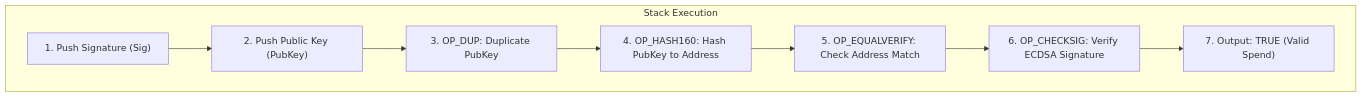
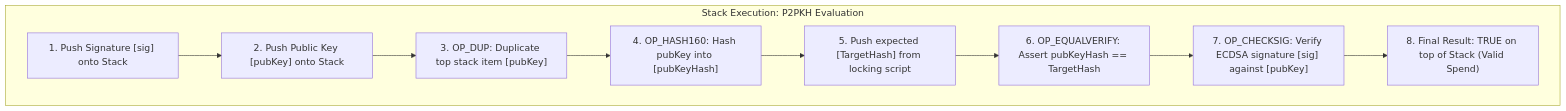
One commit to ub-society/modules changed the third of 5 diagrams in docs/learn/fundamentals/02-architecture-and-state/03-ledger-state-models-utxo-vs-account.md. Above: the diagram before and after it, drawn with Mermaid. The commit also changed other lines of this file and 3 other files, not shown here.

````diff
--- a/docs/learn/fundamentals/02-architecture-and-state/03-ledger-state-models-utxo-vs-account.md
+++ b/docs/learn/fundamentals/02-architecture-and-state/03-ledger-state-models-utxo-vs-account.md
@@ -42,11 +107,12 @@
 ```mermaid
 flowchart TD
-    subgraph Stack Execution
-        A["1. Push Signature (Sig)"] --> B["2. Push Public Key (PubKey)"]
-        B --> C["3. OP_DUP: Duplicate PubKey"]
-        C --> D["4. OP_HASH160: Hash PubKey to Address"]
-        D --> E["5. OP_EQUALVERIFY: Check Address Match"]
-        E --> F["6. OP_CHECKSIG: Verify ECDSA Signature"]
-        F --> G["7. Output: TRUE (Valid Spend)"]
+    subgraph Stack Execution: P2PKH Evaluation
+        S1["1. Push Signature [sig] onto Stack"] --> S2["2. Push Public Key [pubKey] onto Stack"]
+        S2 --> S3["3. OP_DUP: Duplicate top stack item [pubKey]"]
+        S3 --> S4["4. OP_HASH160: Hash pubKey into [pubKeyHash]"]
+        S4 --> S5["5. Push expected [TargetHash] from locking script"]
+        S5 --> S6["6. OP_EQUALVERIFY: Assert pubKeyHash == TargetHash"]
+        S6 --> S7["7. OP_CHECKSIG: Verify ECDSA signature [sig] against [pubKey]"]
+        S7 --> S8["8. Final Result: TRUE on top of Stack (Valid Spend)"]
     end
 ```
````
